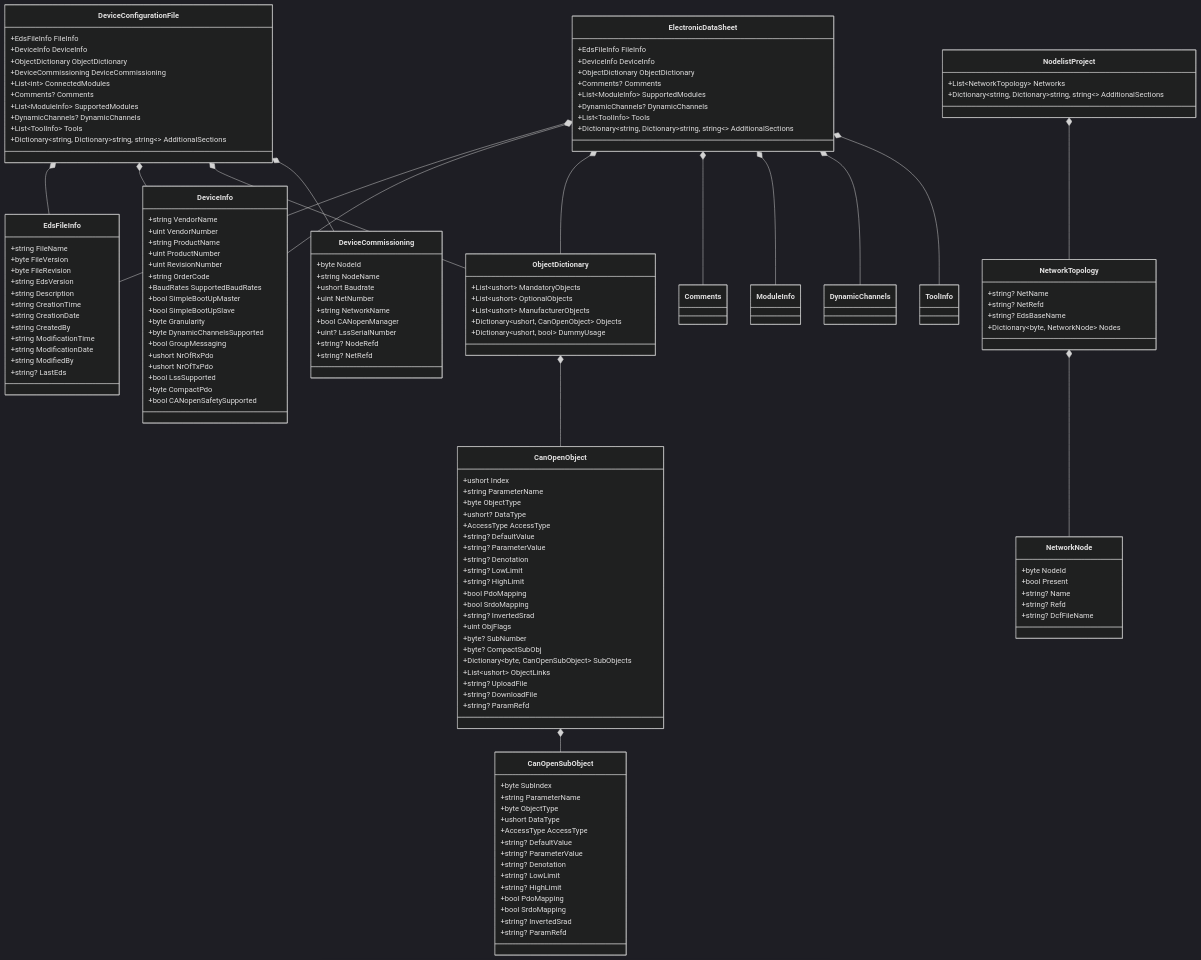
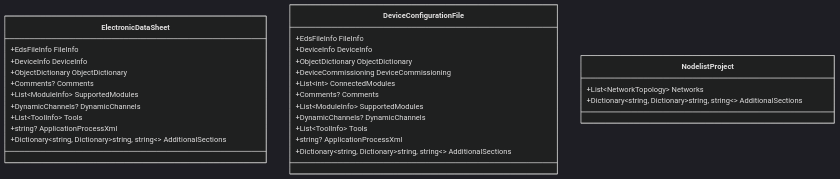
The fourth of 7 diagrams in docs/architecture/05-building-block-view.md (dborgards/eds-dcf-net), drawn with Mermaid (dark theme) before and after one commit. The commit also changed other lines of this file and 14 other files, not shown here.

Commit message:
docs: align readme and architecture with current format support (#65)

````diff
--- a/docs/architecture/05-building-block-view.md
+++ b/docs/architecture/05-building-block-view.md
@@ -159,6 +161,7 @@
         +List~ModuleInfo~ SupportedModules
         +DynamicChannels? DynamicChannels
         +List~ToolInfo~ Tools
+        +string? ApplicationProcessXml
         +Dictionary~string, Dictionary~string, string~~ AdditionalSections
     }
 
@@ -172,141 +175,12 @@
         +List~ModuleInfo~ SupportedModules
         +DynamicChannels? DynamicChannels
         +List~ToolInfo~ Tools
+        +string? ApplicationProcessXml
         +Dictionary~string, Dictionary~string, string~~ AdditionalSections
-    }
-
-    class ObjectDictionary {
-        +List~ushort~ MandatoryObjects
-        +List~ushort~ OptionalObjects
-        +List~ushort~ ManufacturerObjects
-        +Dictionary~ushort, CanOpenObject~ Objects
-        +Dictionary~ushort, bool~ DummyUsage
-    }
-
-    class CanOpenObject {
-        +ushort Index
-        +string ParameterName
-        +byte ObjectType
-        +ushort? DataType
-        +AccessType AccessType
-        +string? DefaultValue
-        +string? ParameterValue
-        +string? Denotation
-        +string? LowLimit
-        +string? HighLimit
-        +bool PdoMapping
-        +bool SrdoMapping
-        +string? InvertedSrad
-        +uint ObjFlags
-        +byte? SubNumber
-        +byte? CompactSubObj
-        +Dictionary~byte, CanOpenSubObject~ SubObjects
-        +List~ushort~ ObjectLinks
-        +string? UploadFile
-        +string? DownloadFile
-        +string? ParamRefd
-    }
-
-    class CanOpenSubObject {
-        +byte SubIndex
-        +string ParameterName
-        +byte ObjectType
-        +ushort DataType
-        +AccessType AccessType
-        +string? DefaultValue
-        +string? ParameterValue
-        +string? Denotation
-        +string? LowLimit
-        +string? HighLimit
-        +bool PdoMapping
-        +bool SrdoMapping
-        +string? InvertedSrad
-        +string? ParamRefd
-    }
-
-    class DeviceInfo {
-        +string VendorName
-        +uint VendorNumber
-        +string ProductName
-        +uint ProductNumber
-        +uint RevisionNumber
-        +string OrderCode
-        +BaudRates SupportedBaudRates
-        +bool SimpleBootUpMaster
-        +bool SimpleBootUpSlave
-        +byte Granularity
-        +byte DynamicChannelsSupported
-        +bool GroupMessaging
-        +ushort NrOfRxPdo
-        +ushort NrOfTxPdo
-        +bool LssSupported
-        +byte CompactPdo
-        +bool CANopenSafetySupported
-    }
-
-    class DeviceCommissioning {
-        +byte NodeId
-        +string NodeName
-        +ushort Baudrate
-        +uint NetNumber
-        +string NetworkName
-        +bool CANopenManager
-        +uint? LssSerialNumber
-        +string? NodeRefd
-        +string? NetRefd
-    }
-
-    class EdsFileInfo {
-        +string FileName
-        +byte FileVersion
-        +byte FileRevision
-        +string EdsVersion
-        +string Description
-        +string CreationTime
-        +string CreationDate
-        +string CreatedBy
-        +string ModificationTime
-        +string ModificationDate
-        +string ModifiedBy
-        +string? LastEds
     }
 
     class NodelistProject {
         +List~NetworkTopology~ Networks
         +Dictionary~string, Dictionary~string, string~~ AdditionalSections
     }
-
-    class NetworkTopology {
-        +string? NetName
-        +string? NetRefd
-        +string? EdsBaseName
-        +Dictionary~byte, NetworkNode~ Nodes
-    }
-
-    class NetworkNode {
-        +byte NodeId
-        +bool Present
-        +string? Name
-        +string? Refd
-        +string? DcfFileName
-    }
-
-    ElectronicDataSheet *-- EdsFileInfo
-    ElectronicDataSheet *-- DeviceInfo
-    ElectronicDataSheet *-- ObjectDictionary
-    ElectronicDataSheet *-- Comments
-    ElectronicDataSheet *-- ModuleInfo
-    ElectronicDataSheet *-- DynamicChannels
-    ElectronicDataSheet *-- ToolInfo
-
-    DeviceConfigurationFile *-- EdsFileInfo
-    DeviceConfigurationFile *-- DeviceInfo
-    DeviceConfigurationFile *-- ObjectDictionary
-    DeviceConfigurationFile *-- DeviceCommissioning
-
-    NodelistProject *-- NetworkTopology
-    NetworkTopology *-- NetworkNode
-
-    ObjectDictionary *-- CanOpenObject
-    CanOpenObject *-- CanOpenSubObject
 ```
````
